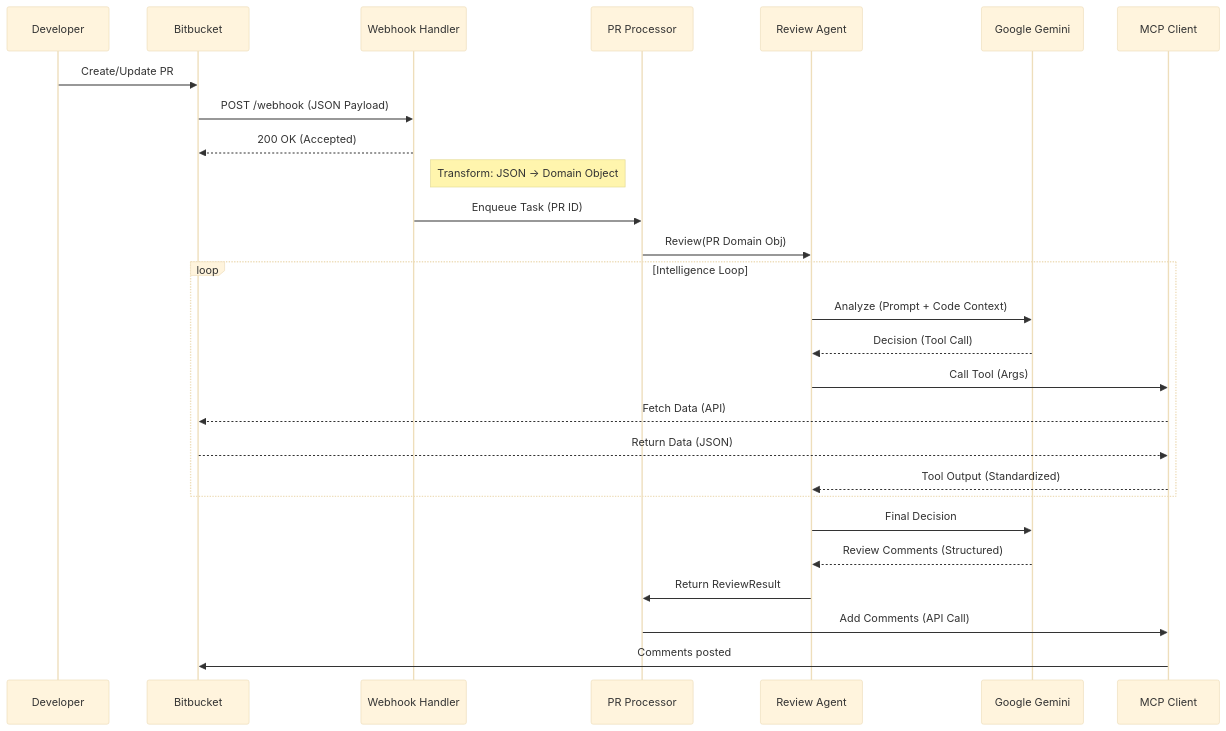
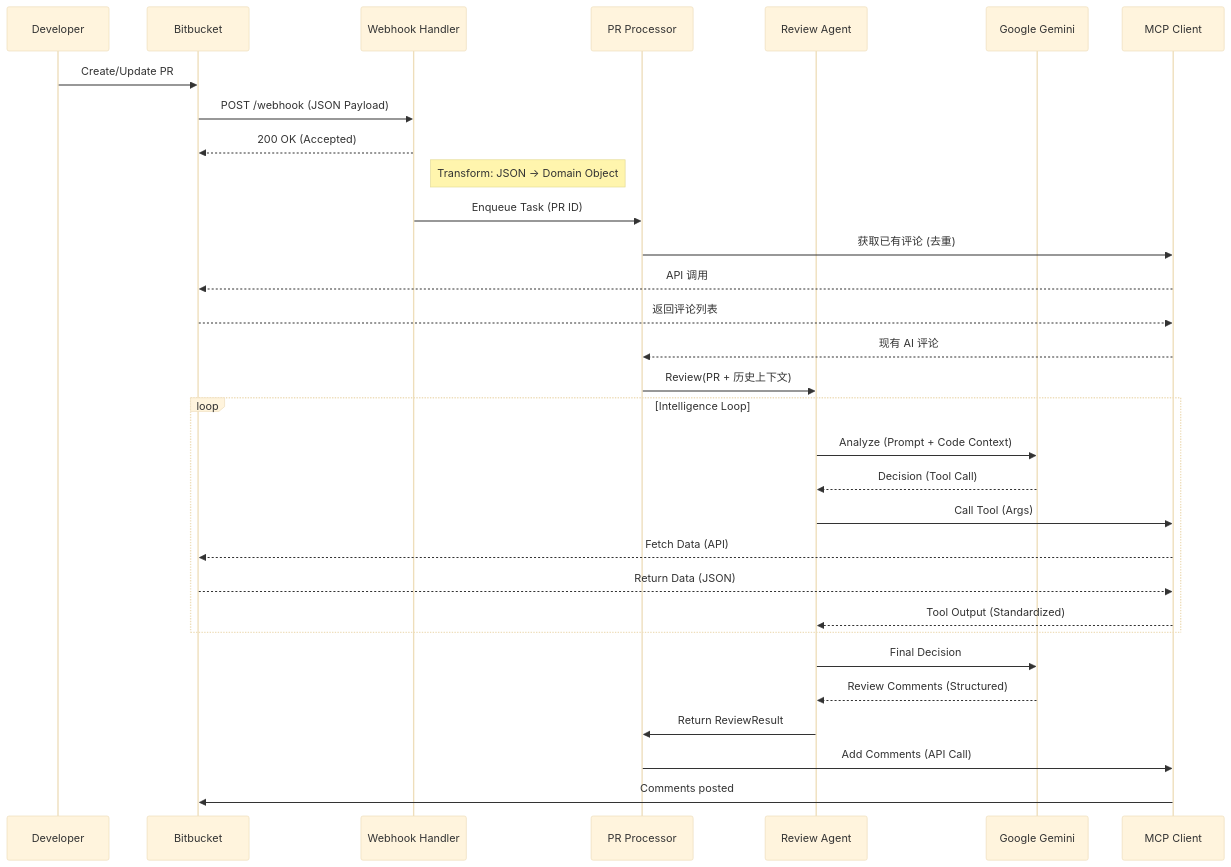
The second of 2 diagrams in README.zh.md (step-chen/agent-sets), drawn with Mermaid (base theme) before and after one commit. The commit also changed other lines of this file and 16 other files, not shown here.

````diff
--- a/README.zh.md
+++ b/README.zh.md
@@ -110,36 +110,43 @@
 ```mermaid
 sequenceDiagram
     participant User as Developer
     participant BB as Bitbucket
     participant WH as Webhook Handler
     participant PROC as PR Processor
     participant AGENT as Review Agent
     participant LLM as Google Gemini
     participant MCP as MCP Client
 
     %% Data Flow: Raw JSON Payload
     User->>BB: Create/Update PR
     BB->>WH: POST /webhook (JSON Payload)
     WH-->>BB: 200 OK (Accepted)
 
     note right of WH: Transform: JSON -> Domain Object
     WH->>PROC: Enqueue Task (PR ID)
-    PROC->>AGENT: Review(PR Domain Obj)
+
+    %% Data Flow: Deduplication
+    PROC->>MCP: 获取已有评论 (去重)
+    MCP-->>BB: API 调用
+    BB-->>MCP: 返回评论列表
+    MCP-->>PROC: 现有 AI 评论
+
+    PROC->>AGENT: Review(PR + 历史上下文)
 
     %% Data Flow: Context & Prompts
     loop Intelligence Loop
         AGENT->>LLM: Analyze (Prompt + Code Context)
         LLM-->>AGENT: Decision (Tool Call)
         AGENT->>MCP: Call Tool (Args)
         MCP-->>BB: Fetch Data (API)
         BB-->>MCP: Return Data (JSON)
         MCP-->>AGENT: Tool Output (Standardized)
     end
 
     %% Data Flow: Structured Review
     AGENT->>LLM: Final Decision
     LLM-->>AGENT: Review Comments (Structured)
     AGENT->>PROC: Return ReviewResult
     PROC->>MCP: Add Comments (API Call)
     MCP->>BB: Comments posted
 ```
````
